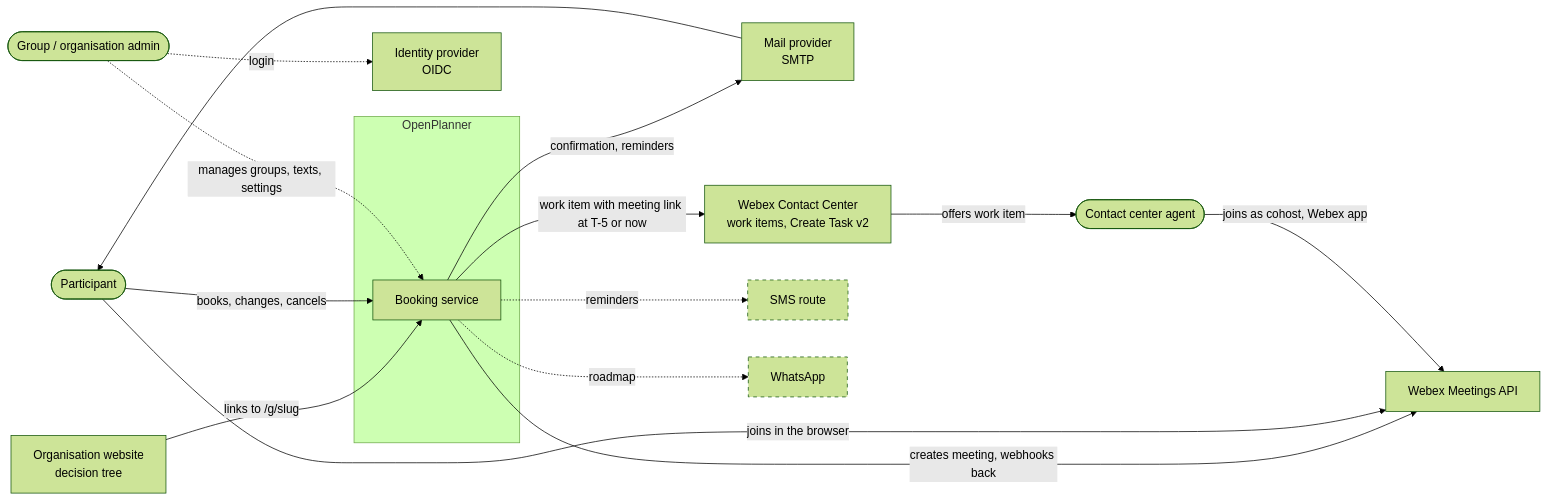
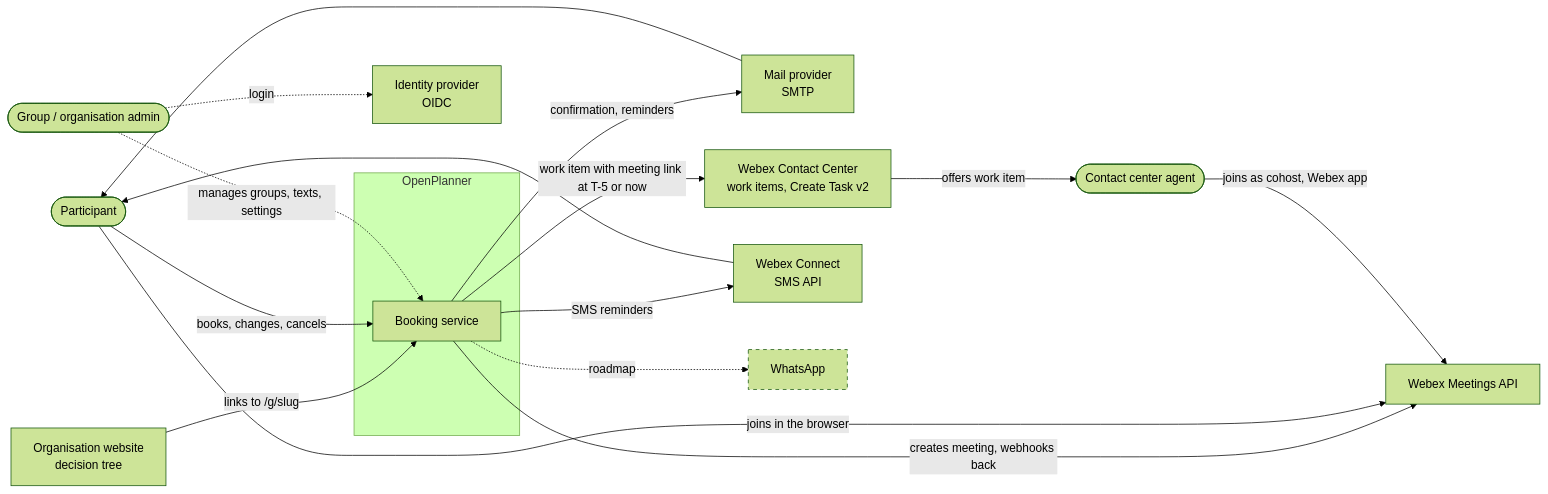
The first of 13 diagrams in docs/architecture.md (3Corners-Labs/OpenPlanner), drawn with Mermaid (forest theme) before and after one commit. The commit also changed other lines of this file and 58 other files, not shown here.

First line of the commit message:
feat: message channels per organisation, SMS reminders and editable texts (ADR 0021)

````diff
--- a/docs/architecture.md
+++ b/docs/architecture.md
@@ -32,34 +32,34 @@
 ```mermaid
 flowchart LR
     participant([Participant])
     website[Organisation website<br/>decision tree]
     admin([Group / organisation admin])
     agent([Contact center agent])
 
     subgraph op [OpenPlanner]
         service[Booking service]
     end
 
     smtp[Mail provider<br/>SMTP]
     wxcc[Webex Contact Center<br/>work items, Create Task v2]
     video[Webex Meetings API]
     idp[Identity provider<br/>OIDC]
-    sms[SMS route]
+    sms[Webex Connect<br/>SMS API]
     whatsapp[WhatsApp]
 
     website -- links to /g/slug --> service
     participant -- books, changes, cancels --> service
     service -- confirmation, reminders --> smtp --> participant
     admin -. manages groups, texts, settings .-> service
     service -- work item with meeting link at T-5 or now --> wxcc
     wxcc -- offers work item --> agent
     service -- creates meeting, webhooks back --> video
     participant -- joins in the browser --> video
     agent -- joins as cohost, Webex app --> video
     admin -. login .-> idp
-    service -. reminders .-> sms
+    service -- SMS reminders --> sms --> participant
     service -. roadmap .-> whatsapp
 
     classDef planned stroke-dasharray: 5 5
-    class sms,whatsapp planned
+    class whatsapp planned
 ```
````
